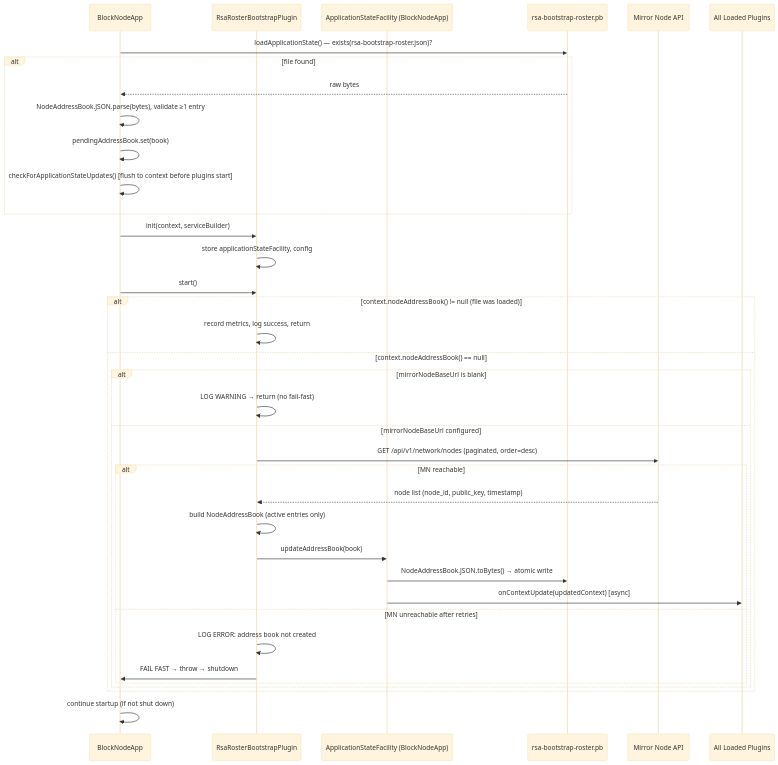
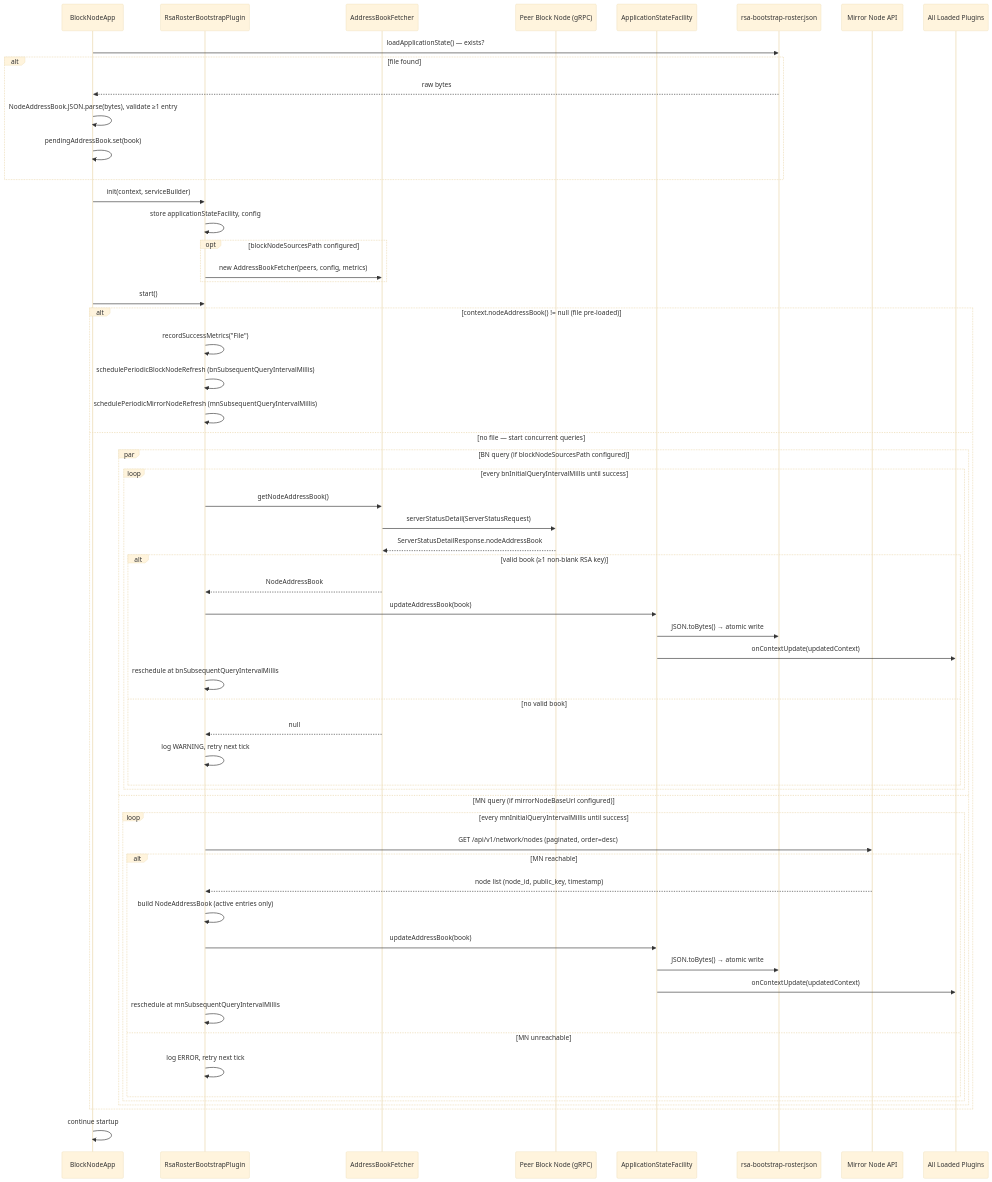
One commit to hiero-ledger/hiero-block-node changed the first of 2 diagrams in docs/design/wrb-streaming/bootstrap-roster-plugin.md. Above: the diagram before and after it, drawn with Mermaid (base theme). The commit also changed other lines of this file and 10 other files, not shown here.

Commit message:
feat: add peer BN query step to RsaRosterBootstrapPlugin. (#2979)

````diff
--- a/docs/design/wrb-streaming/bootstrap-roster-plugin.md
+++ b/docs/design/wrb-streaming/bootstrap-roster-plugin.md
@@ -558,40 +493,63 @@
 ```mermaid
 sequenceDiagram
     participant App as BlockNodeApp
     participant Plugin as RsaRosterBootstrapPlugin
-    participant Facility as ApplicationStateFacility (BlockNodeApp)
-    participant File as rsa-bootstrap-roster.pb
+    participant Fetcher as AddressBookFetcher
+    participant PeerBN as Peer Block Node (gRPC)
+    participant Facility as ApplicationStateFacility
+    participant File as rsa-bootstrap-roster.json
     participant MN as Mirror Node API
     participant Plugins as All Loaded Plugins
 
-    App->>File: loadApplicationState() — exists(rsa-bootstrap-roster.json)?
+    App->>File: loadApplicationState() — exists?
     alt file found
         File-->>App: raw bytes
         App->>App: NodeAddressBook.JSON.parse(bytes), validate ≥1 entry
         App->>App: pendingAddressBook.set(book)
-        App->>App: checkForApplicationStateUpdates() [flush to context before plugins start]
     end
     App->>Plugin: init(context, serviceBuilder)
     Plugin->>Plugin: store applicationStateFacility, config
+    opt blockNodeSourcesPath configured
+        Plugin->>Fetcher: new AddressBookFetcher(peers, config, metrics)
+    end
     App->>Plugin: start()
-    alt context.nodeAddressBook() != null (file was loaded)
-        Plugin->>Plugin: record metrics, log success, return
-    else context.nodeAddressBook() == null
-        alt mirrorNodeBaseUrl is blank
-            Plugin->>Plugin: LOG WARNING → return (no fail-fast)
-        else mirrorNodeBaseUrl configured
-            Plugin->>MN: GET /api/v1/network/nodes (paginated, order=desc)
-            alt MN reachable
-                MN-->>Plugin: node list (node_id, public_key, timestamp)
-                Plugin->>Plugin: build NodeAddressBook (active entries only)
-                Plugin->>Facility: updateAddressBook(book)
-                Facility->>File: NodeAddressBook.JSON.toBytes() → atomic write
-                Facility->>Plugins: onContextUpdate(updatedContext) [async]
-            else MN unreachable after retries
-                Plugin->>Plugin: LOG ERROR: address book not created
-                Plugin->>App: FAIL FAST → throw → shutdown
+
+    alt context.nodeAddressBook() != null (file pre-loaded)
+        Plugin->>Plugin: recordSuccessMetrics("File")
+        Plugin->>Plugin: schedulePeriodicBlockNodeRefresh (bnSubsequentQueryIntervalMillis)
+        Plugin->>Plugin: schedulePeriodicMirrorNodeRefresh (mnSubsequentQueryIntervalMillis)
+    else no file — start concurrent queries
+        par BN query (if blockNodeSourcesPath configured)
+            loop every bnInitialQueryIntervalMillis until success
+                Plugin->>Fetcher: getNodeAddressBook()
+                Fetcher->>PeerBN: serverStatusDetail(ServerStatusRequest)
+                PeerBN-->>Fetcher: ServerStatusDetailResponse.nodeAddressBook
+                alt valid book (≥1 non-blank RSA key)
+                    Fetcher-->>Plugin: NodeAddressBook
+                    Plugin->>Facility: updateAddressBook(book)
+                    Facility->>File: JSON.toBytes() → atomic write
+                    Facility->>Plugins: onContextUpdate(updatedContext)
+                    Plugin->>Plugin: reschedule at bnSubsequentQueryIntervalMillis
+                else no valid book
+                    Fetcher-->>Plugin: null
+                    Plugin->>Plugin: log WARNING, retry next tick
+                end
+            end
+        and MN query (if mirrorNodeBaseUrl configured)
+            loop every mnInitialQueryIntervalMillis until success
+                Plugin->>MN: GET /api/v1/network/nodes (paginated, order=desc)
+                alt MN reachable
+                    MN-->>Plugin: node list (node_id, public_key, timestamp)
+                    Plugin->>Plugin: build NodeAddressBook (active entries only)
+                    Plugin->>Facility: updateAddressBook(book)
+                    Facility->>File: JSON.toBytes() → atomic write
+                    Facility->>Plugins: onContextUpdate(updatedContext)
+                    Plugin->>Plugin: reschedule at mnSubsequentQueryIntervalMillis
+                else MN unreachable
+                    Plugin->>Plugin: log ERROR, retry next tick
+                end
             end
         end
     end
-    App->>App: continue startup (if not shut down)
+    App->>App: continue startup
 ```
````
